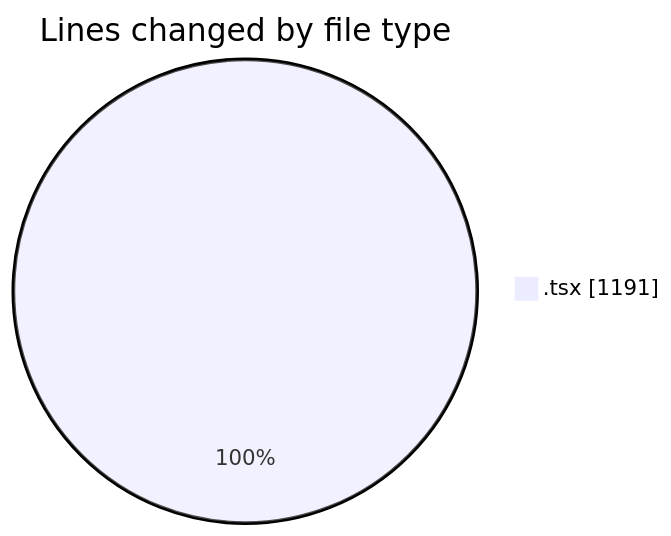
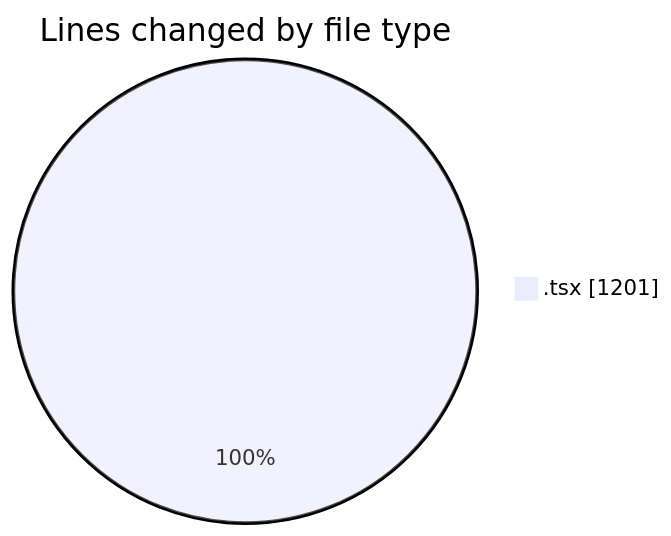
The first of 2 diagrams in 2025-06-25/archive/README.md (JenPaints/code-tracking), drawn with Mermaid before and after one commit. The commit also changed other lines of this file and 1 other file, not shown here.

````diff
--- a/2025-06-25/archive/README.md
+++ b/2025-06-25/archive/README.md
@@ -22,5 +22,5 @@
 ```mermaid
 pie showData
 title Lines changed by file type
-".tsx" : 1191
+".tsx" : 1201
 ```
````
